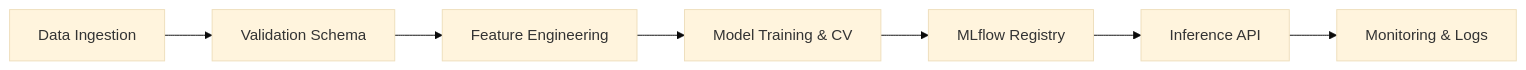
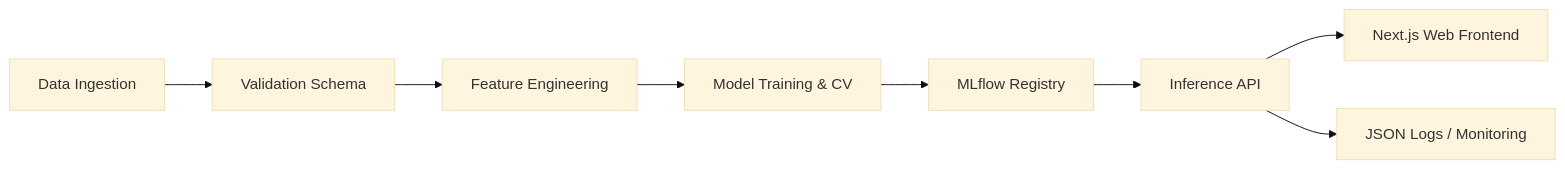
One commit to shlokkvaishnav/cardiovascular-risk changed the diagram in README.md. Above: the diagram before and after it, drawn with Mermaid (base theme). The commit also changed other lines of this file and 7 other files, not shown here.

````diff
--- a/README.md
+++ b/README.md
@@ -27,9 +27,10 @@
 ```mermaid
 graph LR
     A[Data Ingestion] --> B[Validation Schema]
     B --> C[Feature Engineering]
     C --> D[Model Training & CV]
     D --> E[MLflow Registry]
     E --> F[Inference API]
-    F --> G[Monitoring & Logs]
+    F --> G[Next.js Web Frontend]
+    F --> H[JSON Logs / Monitoring]
 ```
````
